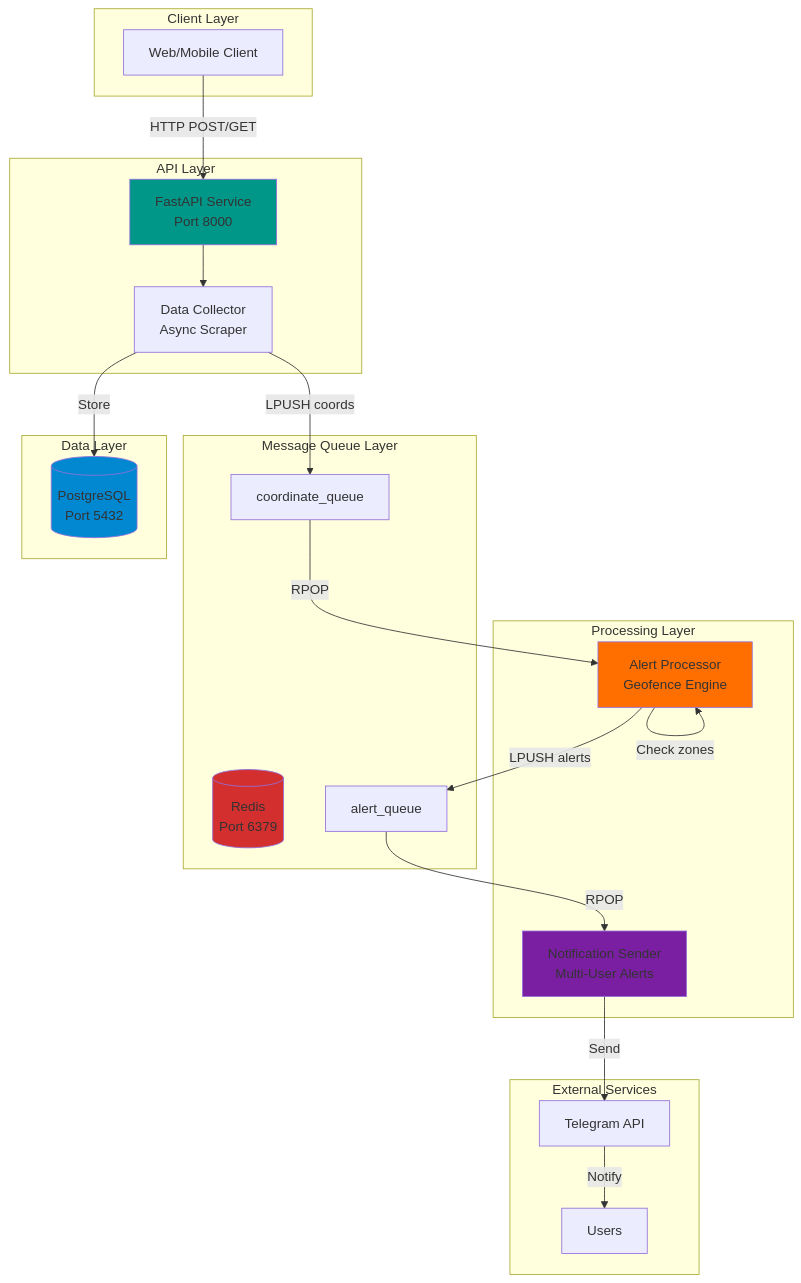
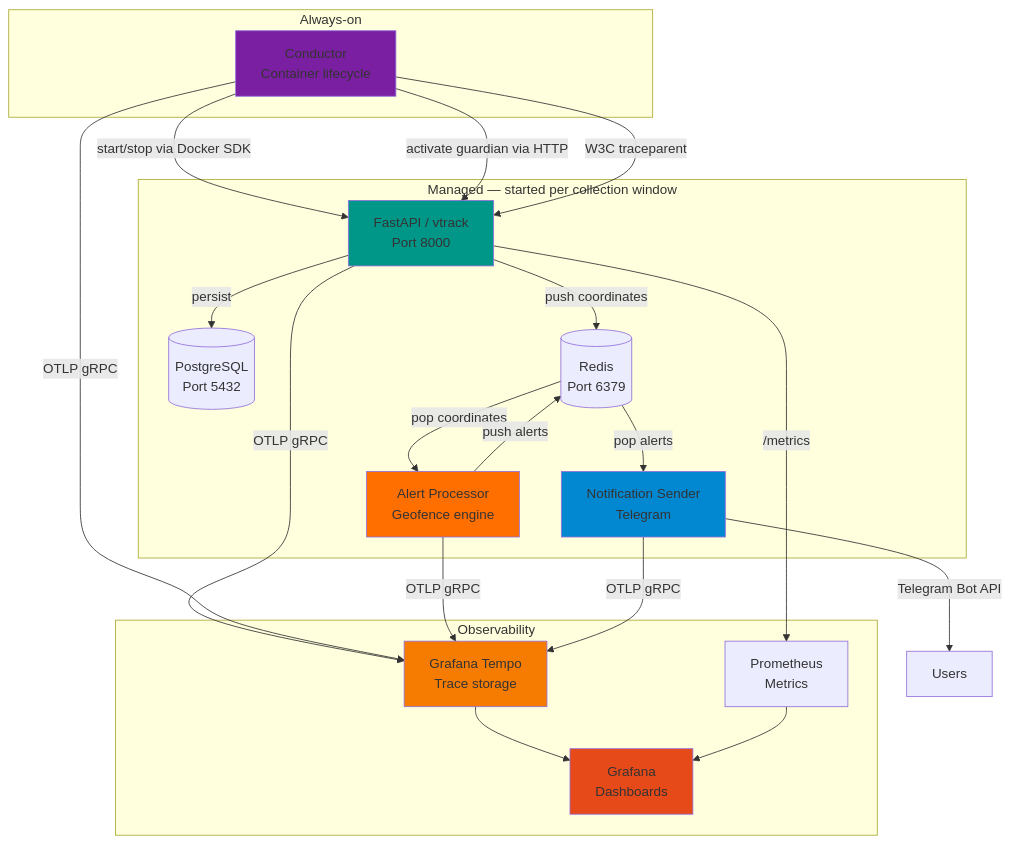
The diagram in README.md (josec-bckdev/vtrack), drawn with Mermaid before and after one commit. The commit also changed other lines of this file and 3 other files, not shown here.

Commit message:
docs: update readme and architecture docs

````diff
--- a/README.md
+++ b/README.md
@@ -34,48 +35,46 @@
 ```mermaid
 graph TB
-    subgraph "Client Layer"
-        A[Web/Mobile Client]
+    subgraph "Always-on"
+        COND[Conductor<br/>Container lifecycle]
     end
-    
-    subgraph "API Layer"
-        B[FastAPI Service<br/>Port 8000]
-        B1[Data Collector<br/>Async Scraper]
+
+    subgraph "Managed — started per collection window"
+        API[FastAPI / vtrack<br/>Port 8000]
+        DB[(PostgreSQL<br/>Port 5432)]
+        REDIS[(Redis<br/>Port 6379)]
+        AP[Alert Processor<br/>Geofence engine]
+        NS[Notification Sender<br/>Telegram]
     end
-    
-    subgraph "Message Queue Layer"
-        C[(Redis<br/>Port 6379)]
-        C1[coordinate_queue]
-        C2[alert_queue]
+
+    subgraph "Observability"
+        TEMPO[Grafana Tempo<br/>Trace storage]
+        PROM[Prometheus<br/>Metrics]
+        GRAF[Grafana<br/>Dashboards]
     end
-    
-    subgraph "Processing Layer"
-        D[Alert Processor<br/>Geofence Engine]
-        E[Notification Sender<br/>Multi-User Alerts]
-    end
-    
-    subgraph "Data Layer"
-        F[(PostgreSQL<br/>Port 5432)]
-    end
-    
-    subgraph "External Services"
-        G[Telegram API]
-        H[Users]
-    end
-    
-    A -->|HTTP POST/GET| B
-    B --> B1
-    B1 -->|Store| F
-    B1 -->|LPUSH coords| C1
-    C1 -->|RPOP| D
-    D -->|Check zones| D
-    D -->|LPUSH alerts| C2
-    C2 -->|RPOP| E
-    E -->|Send| G
-    G -->|Notify| H
-    
-    style B fill:#009688
-    style D fill:#FF6F00
-    style E fill:#7B1FA2
-    style C fill:#D32F2F
-    style F fill:#0288D1
+
+    COND -->|start/stop via Docker SDK| API
+    COND -->|activate guardian via HTTP| API
+    COND -->|W3C traceparent| API
+
+    API -->|push coordinates| REDIS
+    API -->|persist| DB
+    REDIS -->|pop coordinates| AP
+    AP -->|push alerts| REDIS
+    REDIS -->|pop alerts| NS
+    NS -->|Telegram Bot API| Users
+
+    API -->|OTLP gRPC| TEMPO
+    COND -->|OTLP gRPC| TEMPO
+    AP -->|OTLP gRPC| TEMPO
+    NS -->|OTLP gRPC| TEMPO
+    API -->|/metrics| PROM
+    TEMPO --> GRAF
+    PROM --> GRAF
+
+    style COND fill:#7B1FA2
+    style API fill:#009688
+    style AP fill:#FF6F00
+    style NS fill:#0288D1
+    style TEMPO fill:#F57C00
+    style GRAF fill:#E64A19
 ```
````
